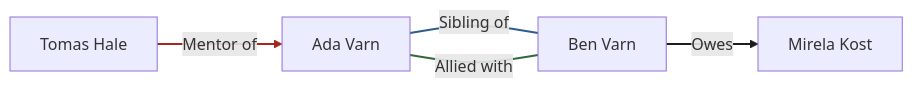
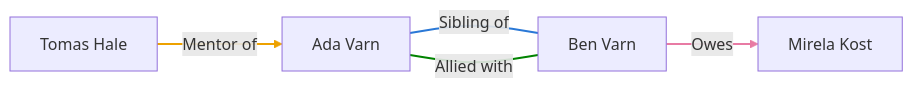
Before and after one commit to heffrey78/gh-writer: the first of 3 diagrams in examples/sample-novel/diagrams/README.md, drawn with Mermaid. The commit also changed other lines of this file and 20 other files, not shown here.

First line of the commit message:
Relationship colours from the chart palette

````diff
--- a/examples/sample-novel/diagrams/README.md
+++ b/examples/sample-novel/diagrams/README.md
@@ -9,15 +9,15 @@
 ```mermaid
 flowchart LR
   char_7f3k2q["Ada Varn"]
   char_b3n0vs["Ben Varn"]
   char_m1re1a["Mirela Kost"]
   char_t0ma5h["Tomas Hale"]
   char_7f3k2q ---|"Sibling of"| char_b3n0vs
   char_7f3k2q ---|"Allied with"| char_b3n0vs
   char_t0ma5h -->|"Mentor of"| char_7f3k2q
   char_b3n0vs -->|"Owes"| char_m1re1a
-  linkStyle 0 stroke:#2c5d8f,stroke-width:2px
-  linkStyle 1 stroke:#2f6b3a,stroke-width:2px
-  linkStyle 2 stroke:#a3271d,stroke-width:2px
-  linkStyle 3 stroke:#1f1d1a,stroke-width:2px
+  linkStyle 0 stroke:#2a78d6,stroke-width:2px
+  linkStyle 1 stroke:#008300,stroke-width:2px
+  linkStyle 2 stroke:#eda100,stroke-width:2px
+  linkStyle 3 stroke:#e87ba4,stroke-width:2px
 ```
````
